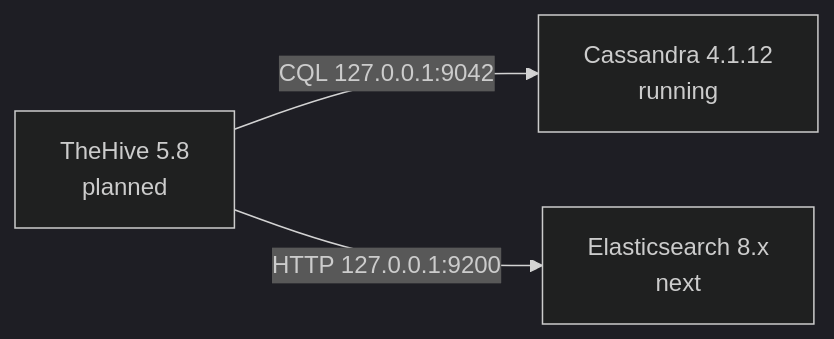
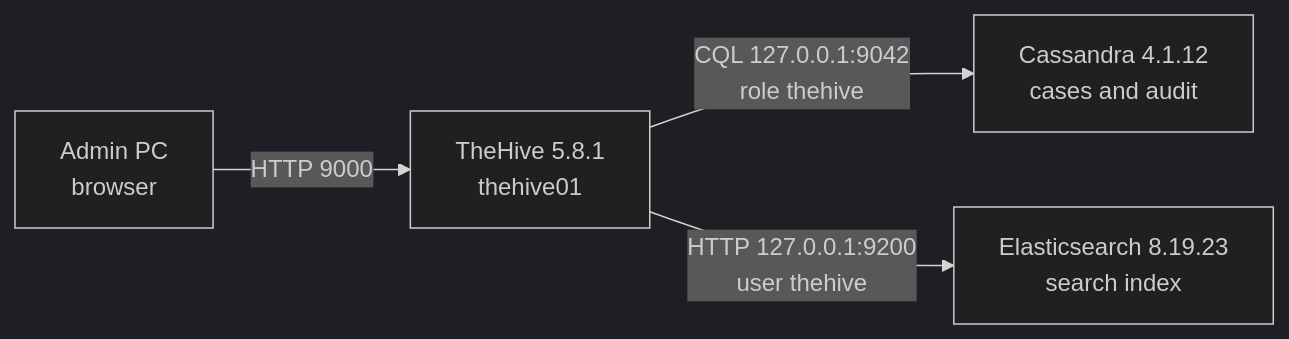
Before and after one commit to caleb57912/SOC-Homelab: the diagram in build-log/15-thehive.md, drawn with Mermaid (dark theme). The commit also changed other lines of this file and 12 other files, not shown here.

Commit message:
3.1 TheHive: Elasticsearch 8.19 and TheHive 5.8.1, scoped service accounts, credentials file, reboot test; step complete

````diff
--- a/build-log/15-thehive.md
+++ b/build-log/15-thehive.md
@@ -5,5 +5,6 @@
 ```mermaid
 flowchart LR
-    TH[TheHive 5.8<br/>planned] -->|CQL 127.0.0.1:9042| C[Cassandra 4.1.12<br/>running]
-    TH -->|HTTP 127.0.0.1:9200| ES[Elasticsearch 8.x<br/>next]
+    PC[Admin PC<br/>browser] -->|HTTP 9000| TH[TheHive 5.8.1<br/>thehive01]
+    TH -->|CQL 127.0.0.1:9042<br/>role thehive| C[Cassandra 4.1.12<br/>cases and audit]
+    TH -->|HTTP 127.0.0.1:9200<br/>user thehive| ES[Elasticsearch 8.19.23<br/>search index]
 ```
````
